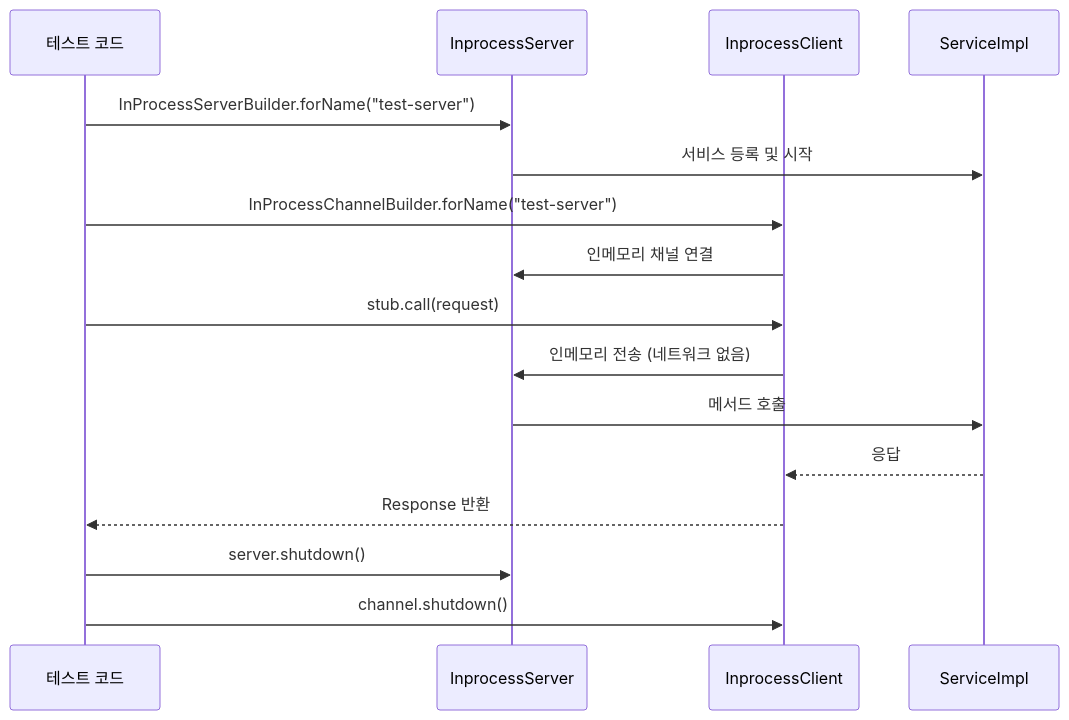
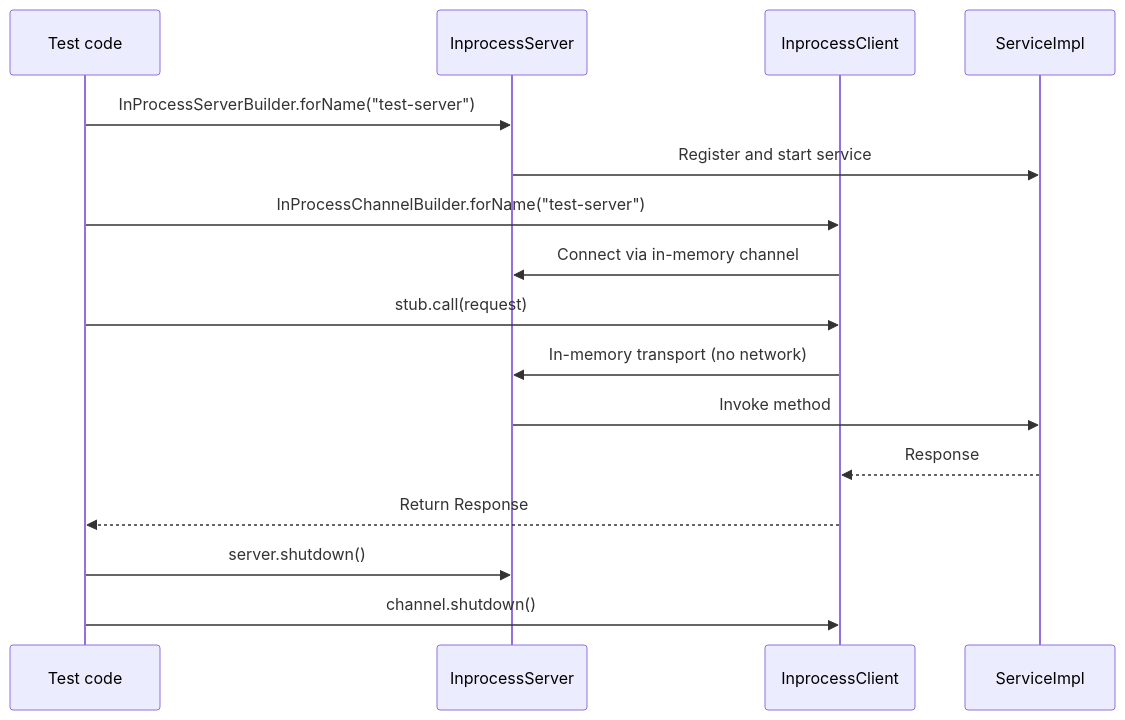
One commit to bluetape4k/bluetape4k-projects changed the third of 3 diagrams in io/grpc/README.md. Above: the diagram before and after it, drawn with Mermaid. The commit also changed other lines of this file and 265 other files, not shown here.

````diff
--- a/io/grpc/README.md
+++ b/io/grpc/README.md
@@ -210,21 +212,21 @@
 ```mermaid
 sequenceDiagram
-    participant T as 테스트 코드
+    participant T as Test code
     participant IS as InprocessServer
     participant IC as InprocessClient
     participant SVC as ServiceImpl
 
     T->>IS: InProcessServerBuilder.forName("test-server")
-    IS->>SVC: 서비스 등록 및 시작
+    IS->>SVC: Register and start service
     T->>IC: InProcessChannelBuilder.forName("test-server")
-    IC->>IS: 인메모리 채널 연결
+    IC->>IS: Connect via in-memory channel
 
     T->>IC: stub.call(request)
-    IC->>IS: 인메모리 전송 (네트워크 없음)
-    IS->>SVC: 메서드 호출
-    SVC-->>IC: 응답
-    IC-->>T: Response 반환
+    IC->>IS: In-memory transport (no network)
+    IS->>SVC: Invoke method
+    SVC-->>IC: Response
+    IC-->>T: Return Response
 
     T->>IS: server.shutdown()
     T->>IC: channel.shutdown()
 ```
````
